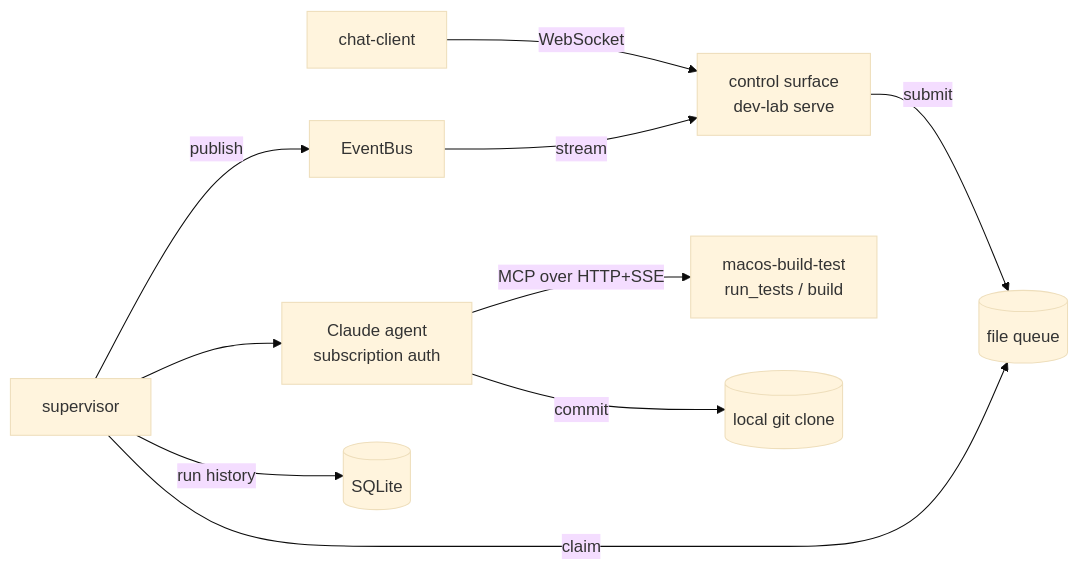
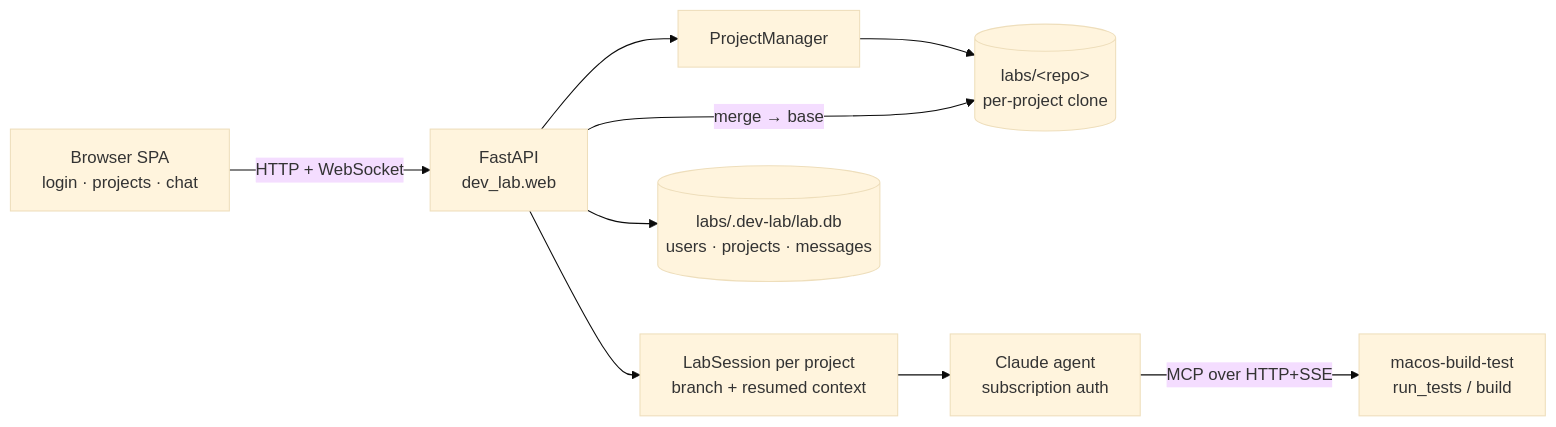
The diagram in HANDOFF.md (epatel/claude-agent-team), drawn with Mermaid (base theme) before and after one commit. The commit also changed other lines of this file, not shown here.

First line of the commit message:
docs(handoff): refresh for v2 web console as primary surface

````diff
--- a/HANDOFF.md
+++ b/HANDOFF.md
@@ -26,11 +28,11 @@
 ```mermaid
 flowchart LR
-    CC[chat-client] -->|WebSocket| WS[control surface<br/>dev-lab serve]
-    WS -->|submit| Q[(file queue)]
-    SUP[supervisor] -->|claim| Q
-    SUP --> AG[Claude agent<br/>subscription auth]
+    B[Browser SPA<br/>login · projects · chat] -->|HTTP + WebSocket| WEB[FastAPI<br/>dev_lab.web]
+    WEB --> PM[ProjectManager]
+    PM --> P[(labs/&lt;repo&gt;<br/>per-project clone)]
+    WEB --> S[LabSession per project<br/>branch + resumed context]
+    S --> AG[Claude agent<br/>subscription auth]
     AG -->|MCP over HTTP+SSE| EXT[macos-build-test<br/>run_tests / build]
-    SUP -->|publish| BUS[EventBus] -->|stream| WS
-    SUP -->|run history| DB[(SQLite)]
-    AG -->|commit| CLONE[(local git clone)]
+    WEB --> DB[(labs/.dev-lab/lab.db<br/>users · projects · messages)]
+    WEB -->|merge → base| P
 ```
````
